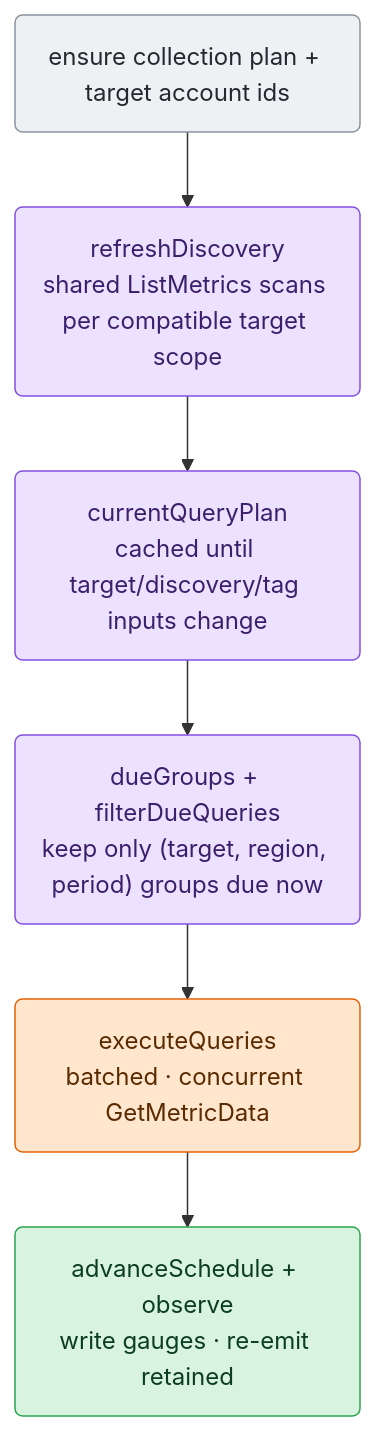
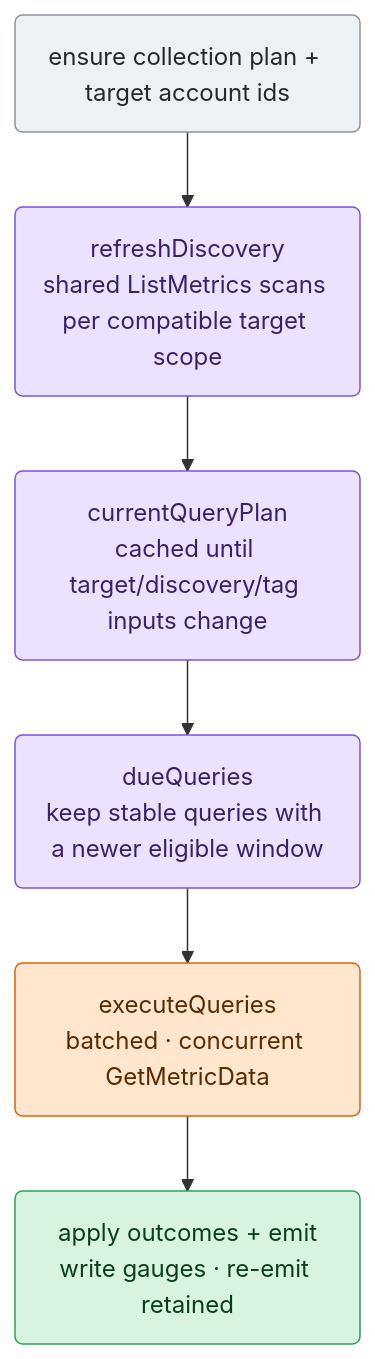
Before and after one commit to netdata/netdata: the third of 3 diagrams in src/go/plugin/go.d/collector/cloudwatch/ARCHITECTURE.md, drawn with Mermaid. The commit also changed other lines of this file and 45 other files, not shown here.

````diff
--- a/src/go/plugin/go.d/collector/cloudwatch/ARCHITECTURE.md
+++ b/src/go/plugin/go.d/collector/cloudwatch/ARCHITECTURE.md
@@ -121,21 +121,21 @@
 ```mermaid
 flowchart TD
     A("ensure collection plan + target account ids")
     B("refreshDiscovery<br/>shared ListMetrics scans per compatible target scope")
     C("currentQueryPlan<br/>cached until target/discovery/tag inputs change")
-    D("dueGroups + filterDueQueries<br/>keep only (target, region, period) groups due now")
+    D("dueQueries<br/>keep stable queries with a newer eligible window")
     E("executeQueries<br/>batched · concurrent GetMetricData")
-    F("advanceSchedule + observe<br/>write gauges · re-emit retained")
+    F("apply outcomes + emit<br/>write gauges · re-emit retained")
 
     A --> B --> C --> D --> E --> F
 
     classDef input fill:#eef1f4,stroke:#8b949e,color:#24292f;
     classDef sched fill:#ece2ff,stroke:#8250df,color:#3b1f6b;
     classDef effect fill:#ffe6cc,stroke:#e36209,color:#5a2a00;
     classDef commit fill:#d8f3e0,stroke:#2da44e,color:#0b3d1f;
 
     class A input
     class B,C,D sched
     class E effect
     class F commit
 ```
````
